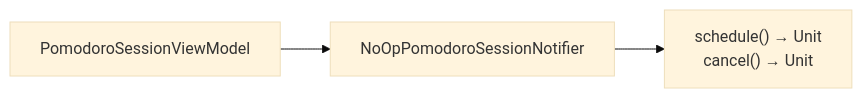
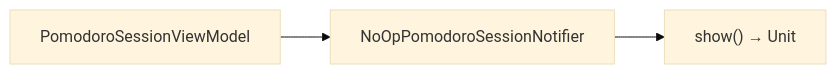
One commit to fakhrymubarak/PomoDojo changed the eighth of 9 diagrams in docs/features/notification/README.md. Above: the diagram before and after it, drawn with Mermaid (base theme). The commit also changed other lines of this file and 28 other files, not shown here.

````diff
--- a/docs/features/notification/README.md
+++ b/docs/features/notification/README.md
@@ -334,5 +235,5 @@
 ```mermaid
 flowchart LR
     VM["PomodoroSessionViewModel"] --> NOOP["NoOpPomodoroSessionNotifier"]
-    NOOP --> NOTHING["schedule() → Unit\ncancel() → Unit"]
+    NOOP --> NOTHING["show() → Unit"]
 ```
````
